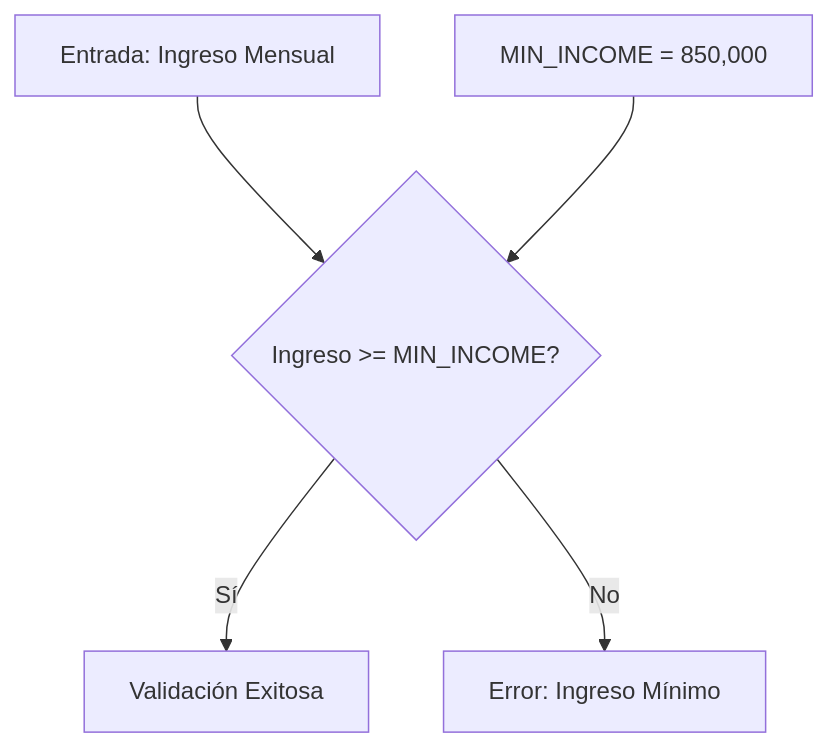
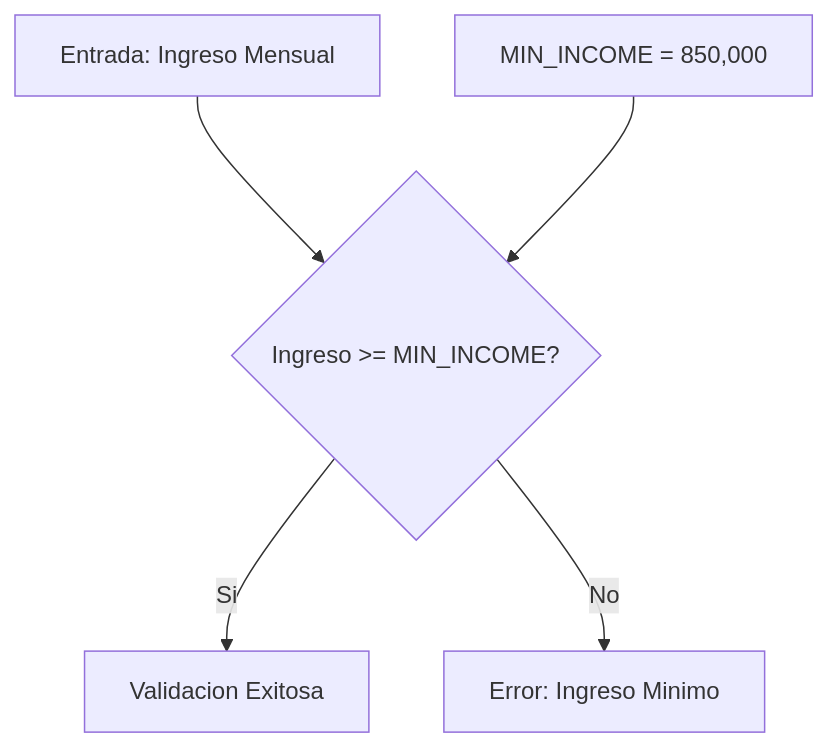
One commit to santiagoblanco22/calculator_dayana changed the fifth of 15 diagrams in diagrams/validations.md. Above: the diagram before and after it, drawn with Mermaid. The commit also changed other lines of this file and 3 other files, not shown here.

````diff
--- a/diagrams/validations.md
+++ b/diagrams/validations.md
@@ -67,8 +67,8 @@
 ```mermaid
 flowchart TD
     A[Entrada: Ingreso Mensual] --> B{Ingreso >= MIN_INCOME?}
-    B -->|Sí| C[Validación Exitosa]
-    B -->|No| D[Error: Ingreso Mínimo]
+    B -->|Si| C[Validacion Exitosa]
+    B -->|No| D[Error: Ingreso Minimo]
 
     E[MIN_INCOME = 850,000] --> B
 ```
````
